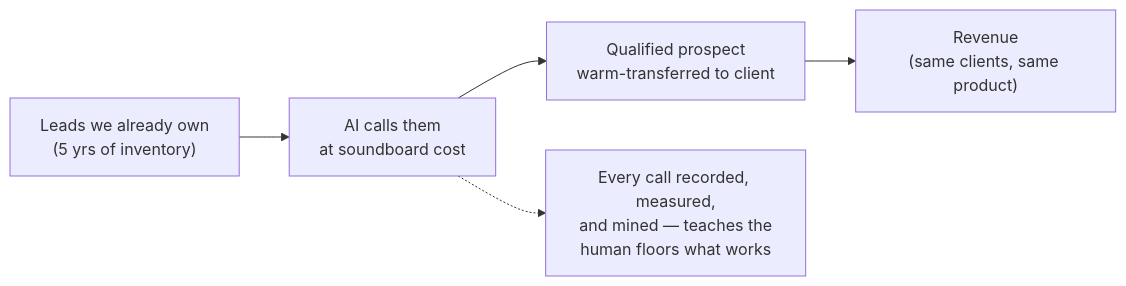
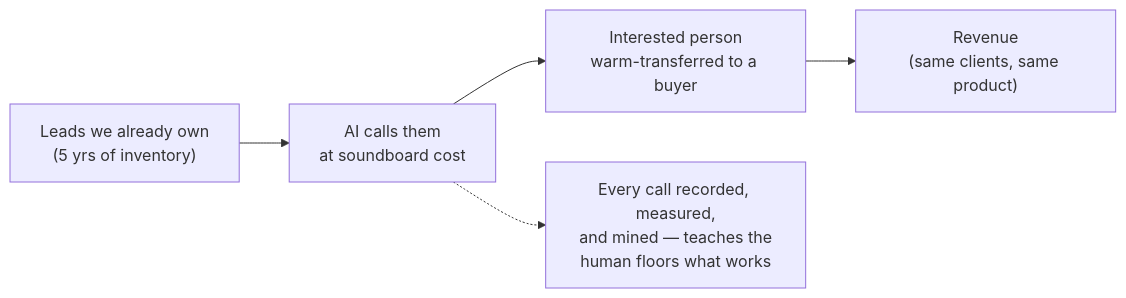
One commit to piermadsen-blcalls/fivestrata-dialer changed the first of 3 diagrams in docs/PRD.md. Above: the diagram before and after it, drawn with Mermaid. The commit also changed other lines of this file and 3 other files, not shown here.

First line of the commit message:
PRD + roadmap Draft v2: merge Pier's plain-language draft with Sean's v1

````diff
--- a/docs/PRD.md
+++ b/docs/PRD.md
@@ -65,7 +41,7 @@
 ```mermaid
 flowchart LR
   A["Leads we already own<br/>(5 yrs of inventory)"] --> B["AI calls them<br/>at soundboard cost"]
-  B --> C["Qualified prospect<br/>warm-transferred to client"]
+  B --> C["Interested person<br/>warm-transferred to a buyer"]
   C --> D["Revenue<br/>(same clients, same product)"]
   B -.-> E["Every call recorded, measured,<br/>and mined — teaches the<br/>human floors what works"]
 ```
````
